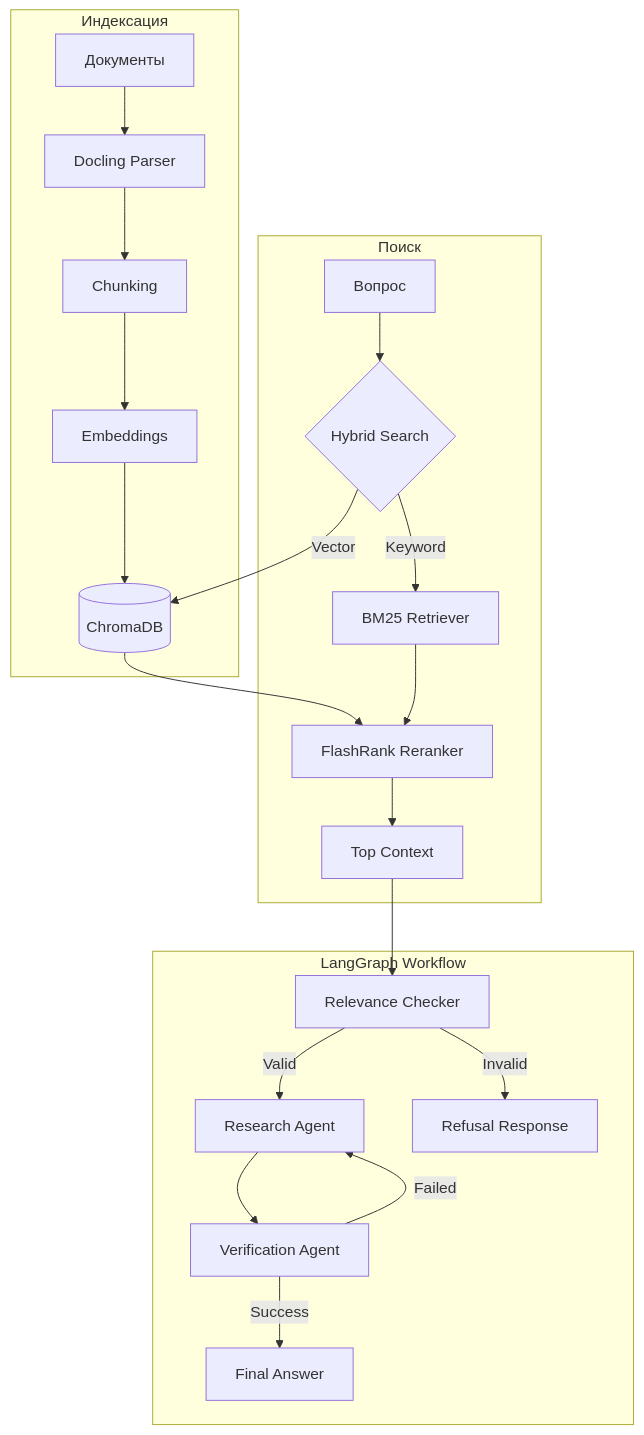
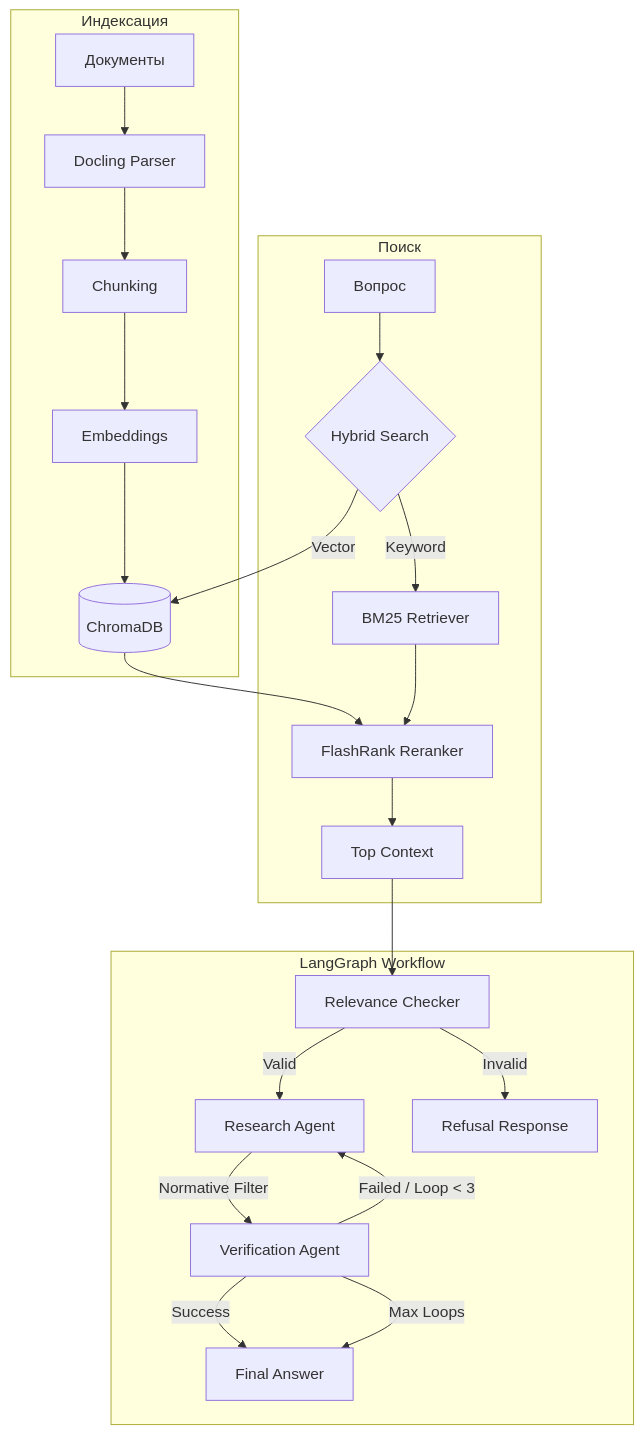
Before and after one commit to spqr-86/safety-incident-analyzer: the diagram in README.md, drawn with Mermaid. The commit also changed other lines of this file and 3 other files, not shown here.

````diff
--- a/README.md
+++ b/README.md
@@ -124,26 +124,27 @@
 ```mermaid
 flowchart TD
     subgraph Ingestion [Индексация]
         Docs[Документы] --> Docling[Docling Parser]
         Docling --> Split[Chunking]
         Split --> Embed[Embeddings]
         Embed --> DB[(ChromaDB)]
     end
 
     subgraph Retrieval [Поиск]
         Query[Вопрос] --> Search{Hybrid Search}
         Search --> |Vector| DB
         Search --> |Keyword| BM25[BM25 Retriever]
         DB & BM25 --> Rerank[FlashRank Reranker]
         Rerank --> Context[Top Context]
     end
 
     subgraph Agents [LangGraph Workflow]
         Context --> RC[Relevance Checker]
         RC -->|Valid| Research[Research Agent]
         RC -->|Invalid| Stop[Refusal Response]
-        Research --> Verify[Verification Agent]
+        Research -->|Normative Filter| Verify[Verification Agent]
         Verify -->|Success| Final[Final Answer]
-        Verify -->|Failed| Research
+        Verify -->|Failed / Loop < 3| Research
+        Verify -->|Max Loops| Final
     end
 ```
````
